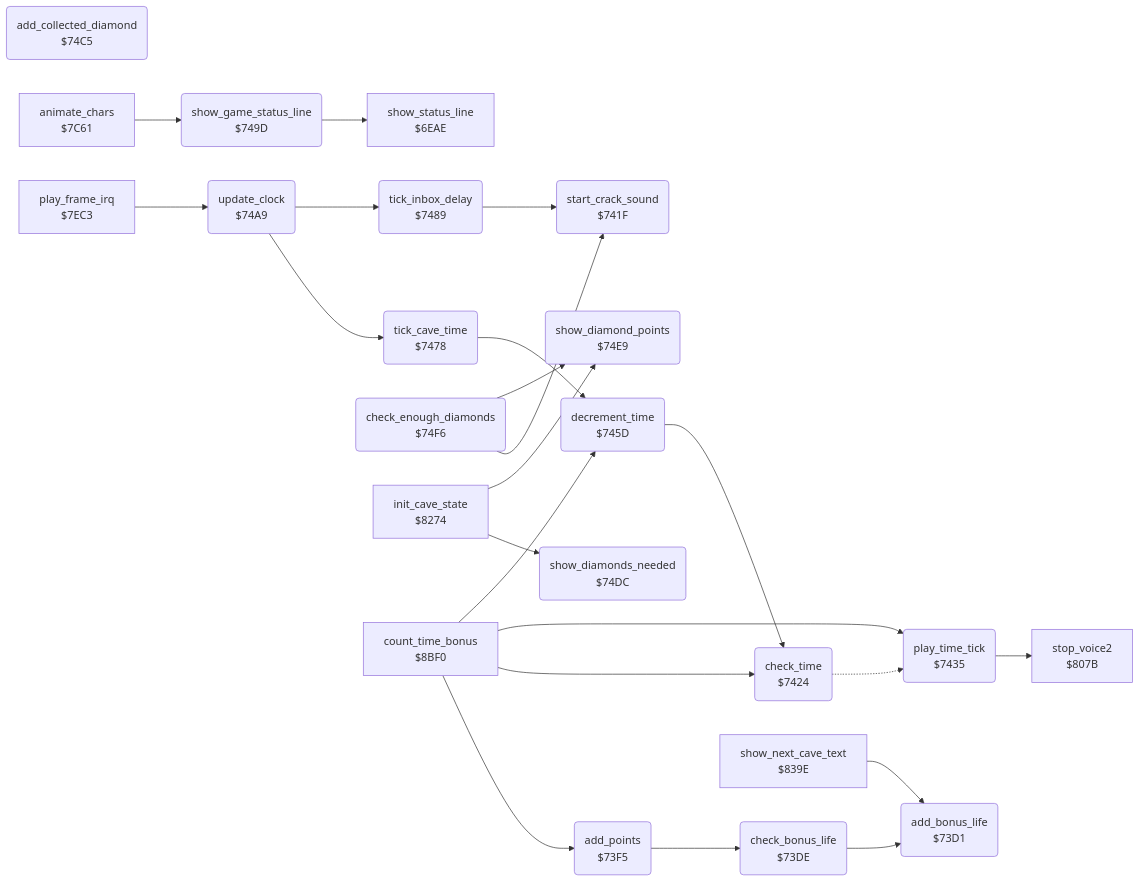
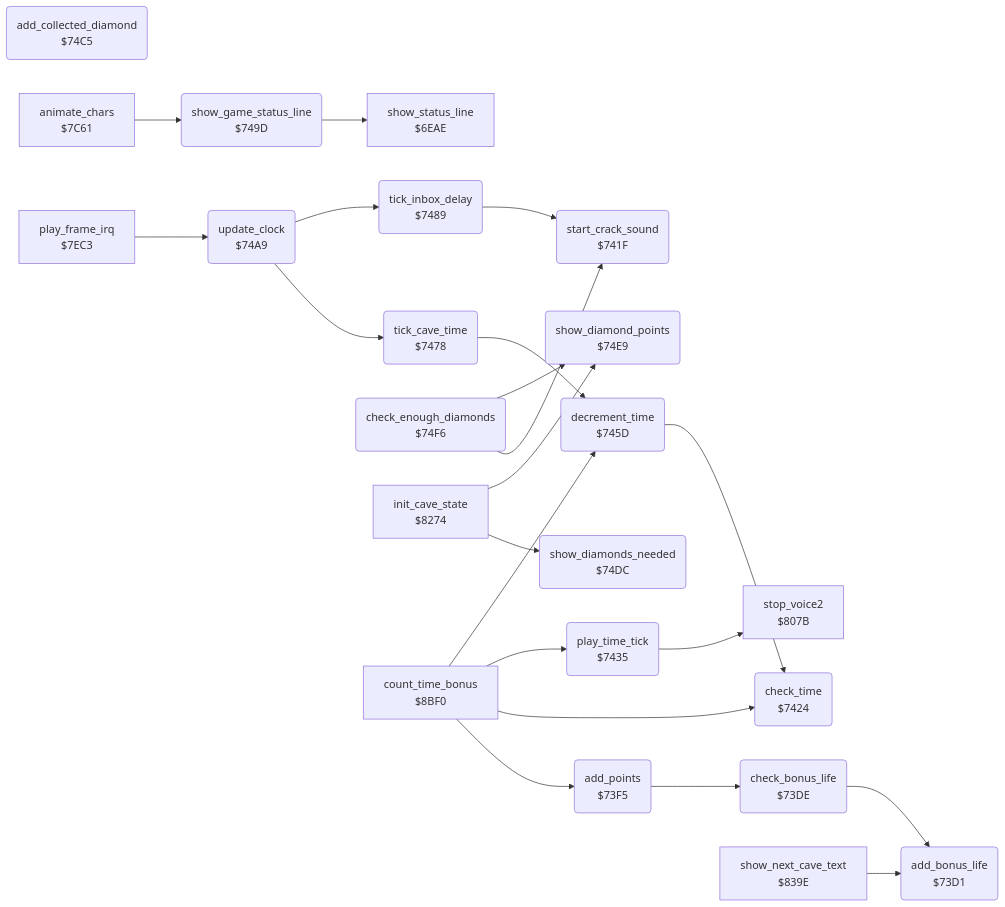
One commit to henols/c64_games changed the diagram in boulder_dash/v2/docs/reference/modules/status/score_time.md. Above: the diagram before and after it, drawn with Mermaid. The commit also changed other lines of this file and 1100 other files, not shown here.

````diff
--- a/boulder_dash/v2/docs/reference/modules/status/score_time.md
+++ b/boulder_dash/v2/docs/reference/modules/status/score_time.md
@@ -10,46 +37,45 @@
 ```mermaid
 flowchart LR
   n6eae["show_status_line<br/>$6EAE"]
   n73d1("add_bonus_life<br/>$73D1")
   n73de("check_bonus_life<br/>$73DE")
   n73f5("add_points<br/>$73F5")
   n741f("start_crack_sound<br/>$741F")
   n7424("check_time<br/>$7424")
   n7435("play_time_tick<br/>$7435")
   n745d("decrement_time<br/>$745D")
   n7478("tick_cave_time<br/>$7478")
   n7489("tick_inbox_delay<br/>$7489")
   n749d("show_game_status_line<br/>$749D")
   n74a9("update_clock<br/>$74A9")
   n74c5("add_collected_diamond<br/>$74C5")
   n74dc("show_diamonds_needed<br/>$74DC")
   n74e9("show_diamond_points<br/>$74E9")
   n74f6("check_enough_diamonds<br/>$74F6")
   n7c61["animate_chars<br/>$7C61"]
   n7ec3["play_frame_irq<br/>$7EC3"]
   n807b["stop_voice2<br/>$807B"]
   n8274["init_cave_state<br/>$8274"]
   n839e["show_next_cave_text<br/>$839E"]
   n8bf0["count_time_bonus<br/>$8BF0"]
   n73de --> n73d1
   n73f5 --> n73de
-  n7424 -.-> n7435
   n7435 --> n807b
   n745d --> n7424
   n7478 --> n745d
   n7489 --> n741f
   n749d --> n6eae
   n74a9 --> n7478
   n74a9 --> n7489
   n74f6 --> n741f
   n74f6 --> n74e9
   n7c61 --> n749d
   n7ec3 --> n74a9
   n8274 --> n74dc
   n8274 --> n74e9
   n839e --> n73d1
   n8bf0 --> n73f5
   n8bf0 --> n7424
   n8bf0 --> n7435
   n8bf0 --> n745d
 ```
````
